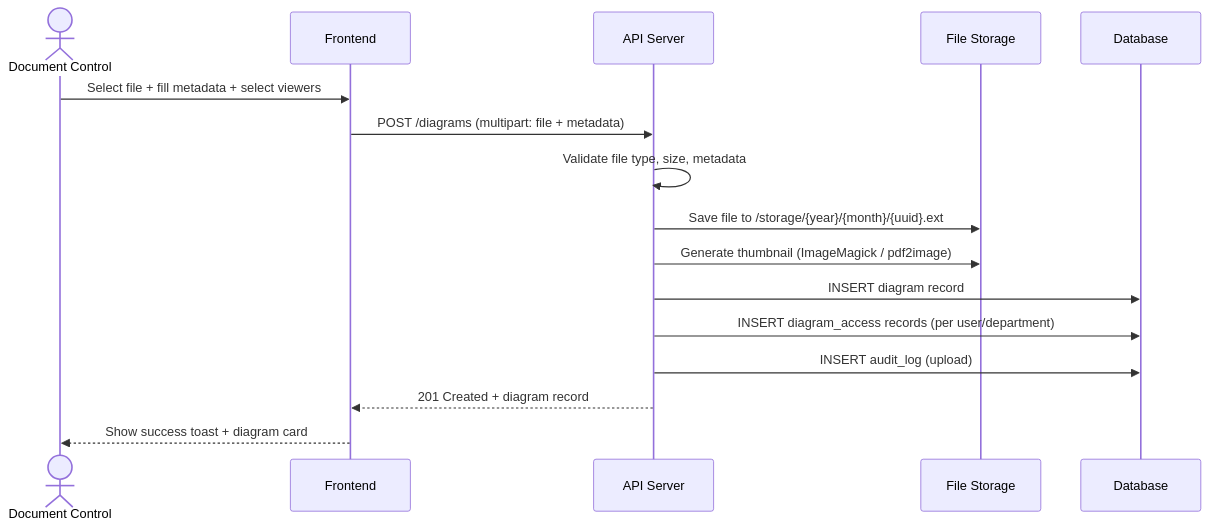
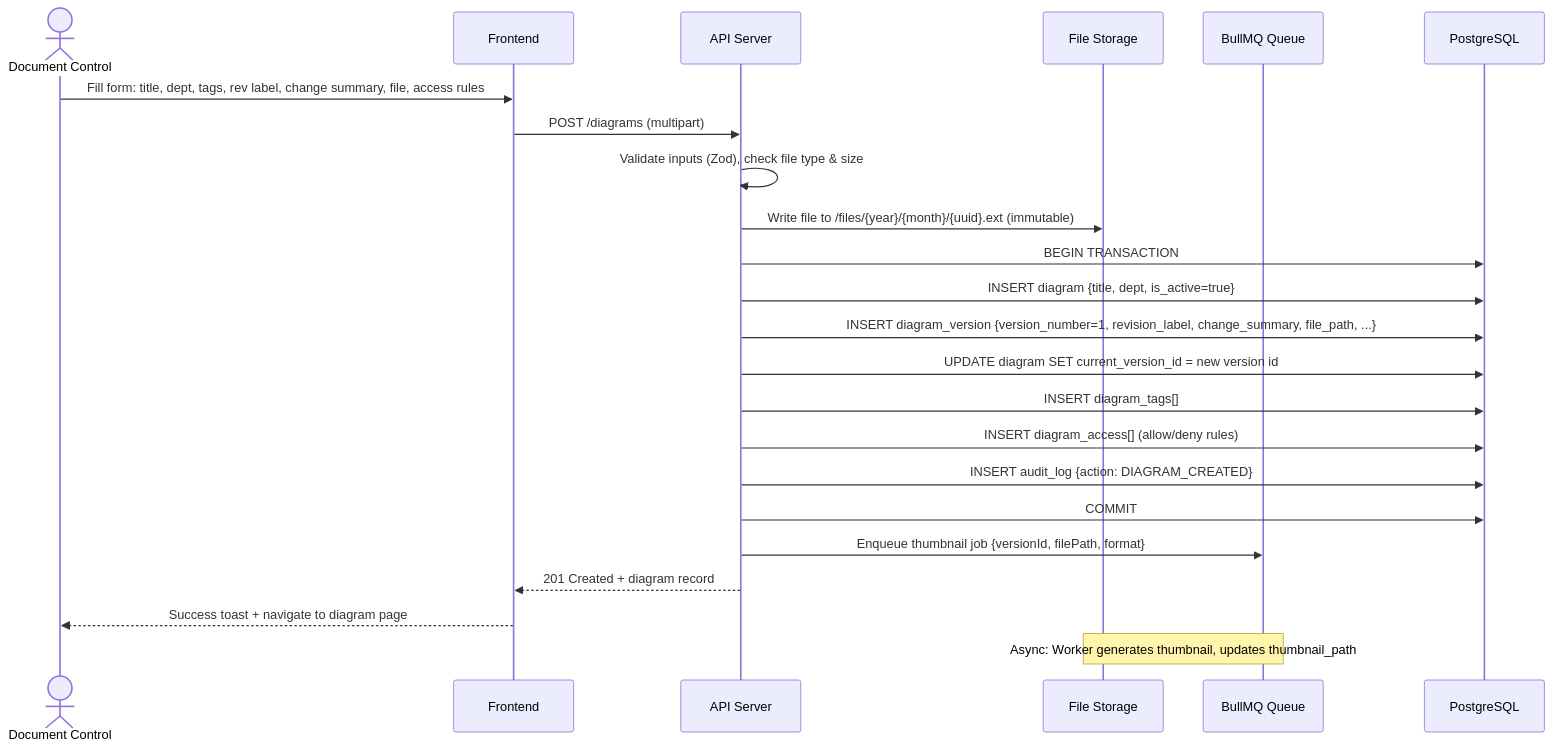
One commit to MoKenawy/Diagram-management-System changed the sixth of 12 diagrams in README.md. Above: the diagram before and after it, drawn with Mermaid. The commit also changed other lines of this file, not shown here.

````diff
--- a/README.md
+++ b/README.md
@@ -485,19 +519,29 @@
 ```mermaid
 sequenceDiagram
     actor DC as Document Control
     participant FE as Frontend
     participant API as API Server
     participant FS as File Storage
-    participant DB as Database
+    participant Q as BullMQ Queue
+    participant DB as PostgreSQL
 
-    DC->>FE: Select file + fill metadata + select viewers
-    FE->>API: POST /diagrams (multipart: file + metadata)
-    API->>API: Validate file type, size, metadata
-    API->>FS: Save file to /storage/{year}/{month}/{uuid}.ext
-    API->>FS: Generate thumbnail (ImageMagick / pdf2image)
-    API->>DB: INSERT diagram record
-    API->>DB: INSERT diagram_access records (per user/department)
-    API->>DB: INSERT audit_log (upload)
+    DC->>FE: Fill form: title, dept, tags, rev label, change summary, file, access rules
+    FE->>API: POST /diagrams (multipart)
+    API->>API: Validate inputs (Zod), check file type & size
+    API->>FS: Write file to /files/{year}/{month}/{uuid}.ext (immutable)
+
+    API->>DB: BEGIN TRANSACTION
+    API->>DB: INSERT diagram {title, dept, is_active=true}
+    API->>DB: INSERT diagram_version {version_number=1, revision_label, change_summary, file_path, ...}
+    API->>DB: UPDATE diagram SET current_version_id = new version id
+    API->>DB: INSERT diagram_tags[]
+    API->>DB: INSERT diagram_access[] (allow/deny rules)
+    API->>DB: INSERT audit_log {action: DIAGRAM_CREATED}
+    API->>DB: COMMIT
+
+    API->>Q: Enqueue thumbnail job {versionId, filePath, format}
     API-->>FE: 201 Created + diagram record
-    FE-->>DC: Show success toast + diagram card
+    FE-->>DC: Success toast + navigate to diagram page
+
+    Note over Q,FS: Async: Worker generates thumbnail, updates thumbnail_path
 ```
````
